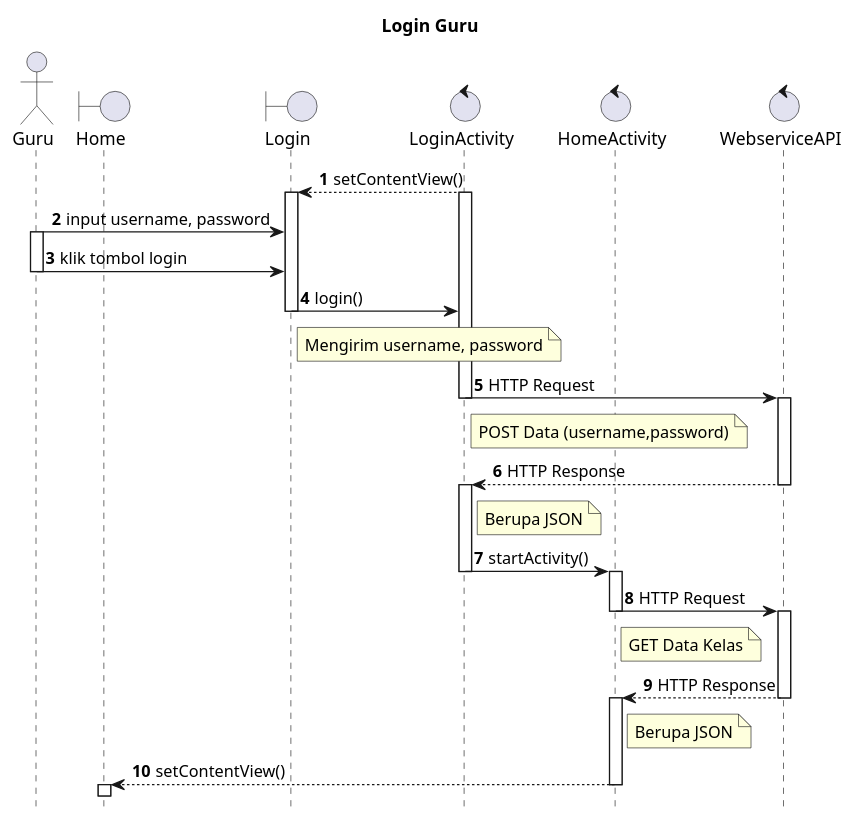
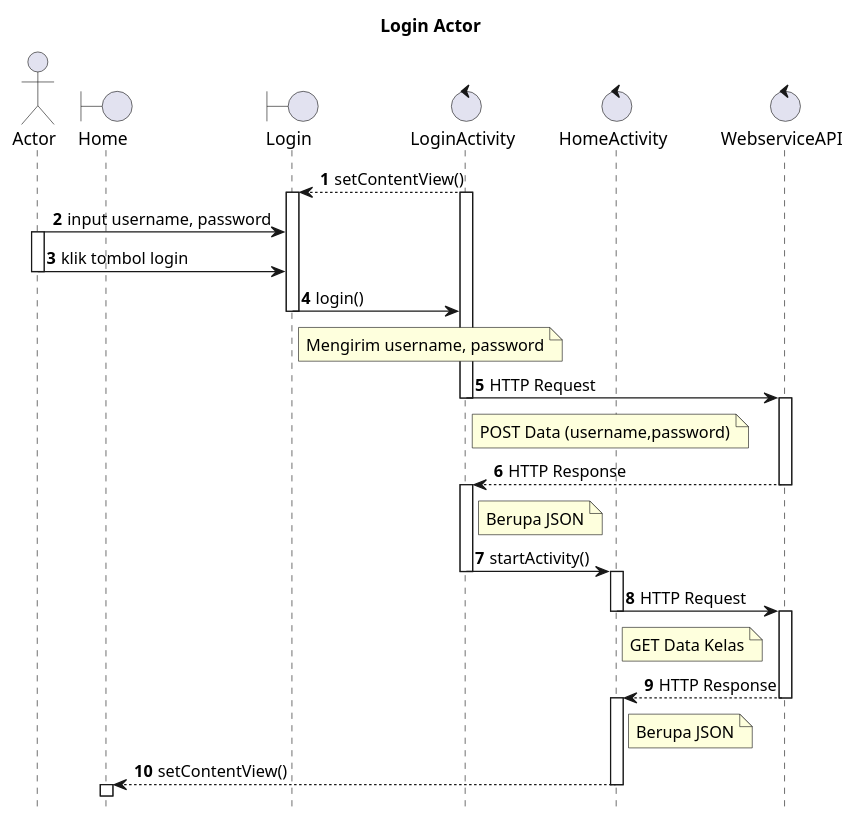
Before and after one commit to rez-f/SmartGuru: the diagram in app/src/main/java/apps/rez/com/smartguru/UML/Sequence Login Guru.puml, drawn with PlantUML. The commit also changed 57 other files, not shown here.

```diff
--- a/app/src/main/java/apps/rez/com/smartguru/UML/Sequence Login Guru.puml
+++ b/app/src/main/java/apps/rez/com/smartguru/UML/Sequence Login Guru.puml
@@ -1,69 +1,69 @@
 @startuml
 
 autonumber
 hide footbox
-title Login Guru
+title Login Actor
 
-Actor Guru
+Actor Actor
 boundary Home
 boundary Login
 control LoginActivity
 control HomeActivity
 control WebserviceAPI
 
 LoginActivity --> Login : setContentView()
     activate LoginActivity
     activate Login
 
-Guru -> Login : input username, password
-    activate Guru
+Actor -> Login : input username, password
+    activate Actor
 
-Guru -> Login : klik tombol login
-    deactivate Guru
+Actor -> Login : klik tombol login
+    deactivate Actor
 
 Login -> LoginActivity : login()
     deactivate Login
     note right of Login
     Mengirim username, password
         end note
 
 LoginActivity -> WebserviceAPI : HTTP Request
     deactivate LoginActivity
     note right of LoginActivity
     POST Data (username,password)
         end note
 
     activate WebserviceAPI
 
     return HTTP Response
 
     activate LoginActivity
 
     note right of LoginActivity
         Berupa JSON
     end note
 
 LoginActivity -> HomeActivity : startActivity()
     deactivate LoginActivity
     activate HomeActivity
 
 HomeActivity -> WebserviceAPI : HTTP Request
     deactivate HomeActivity
     activate WebserviceAPI
 
     note right of HomeActivity
     GET Data Kelas
         end note
 
     return HTTP Response
     activate HomeActivity
 
     note right of HomeActivity
     Berupa JSON
         end note
 
 HomeActivity --> Home : setContentView()
     deactivate HomeActivity
     activate Home
     deactivate Home
 @enduml
```
